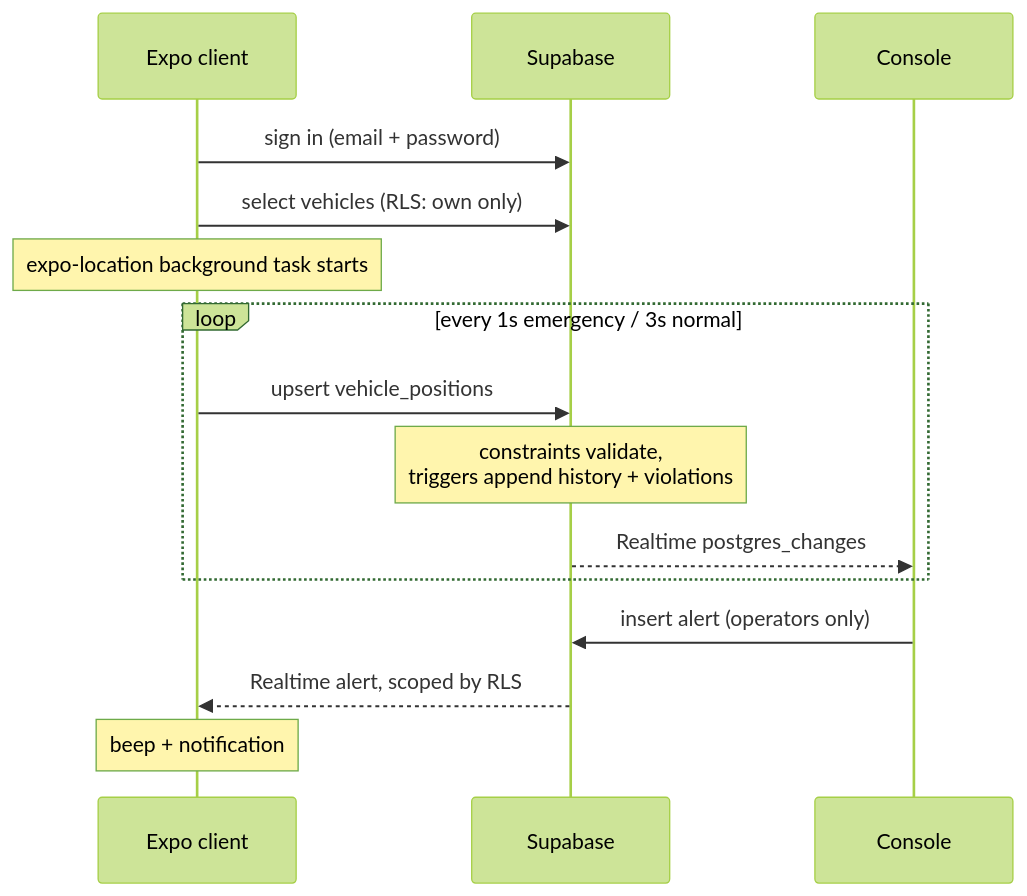
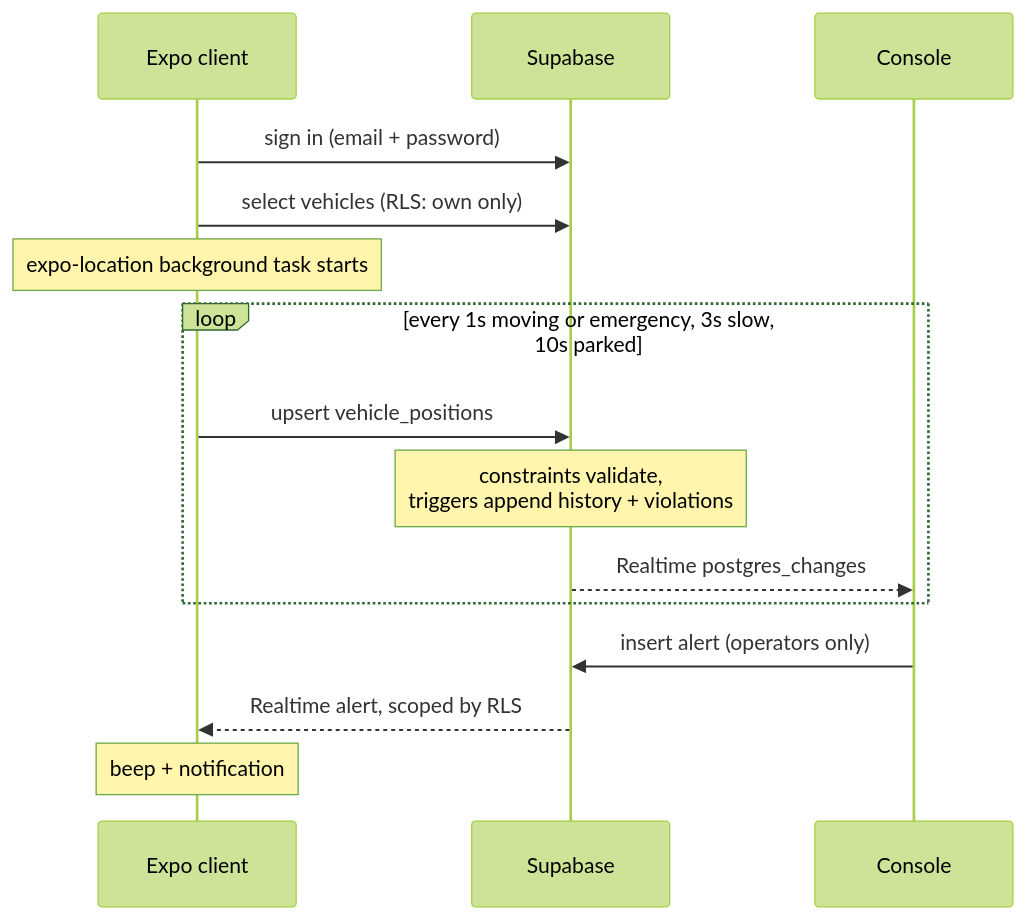
One commit to imsky1812/sutraGrid changed the diagram in README.md. Above: the diagram before and after it, drawn with Mermaid (forest theme). The commit also changed other lines of this file and 6 other files, not shown here.

````diff
--- a/README.md
+++ b/README.md
@@ -26,18 +26,18 @@
 ```mermaid
 sequenceDiagram
     participant App as Expo client
     participant SB as Supabase
     participant Dash as Console
 
     App->>SB: sign in (email + password)
     App->>SB: select vehicles (RLS: own only)
     Note over App: expo-location background task starts
-    loop every 1s emergency / 3s normal
+    loop every 1s moving or emergency, 3s slow, 10s parked
         App->>SB: upsert vehicle_positions
         Note over SB: constraints validate,<br/>triggers append history + violations
         SB-->>Dash: Realtime postgres_changes
     end
     Dash->>SB: insert alert (operators only)
     SB-->>App: Realtime alert, scoped by RLS
     Note over App: beep + notification
 ```
````
